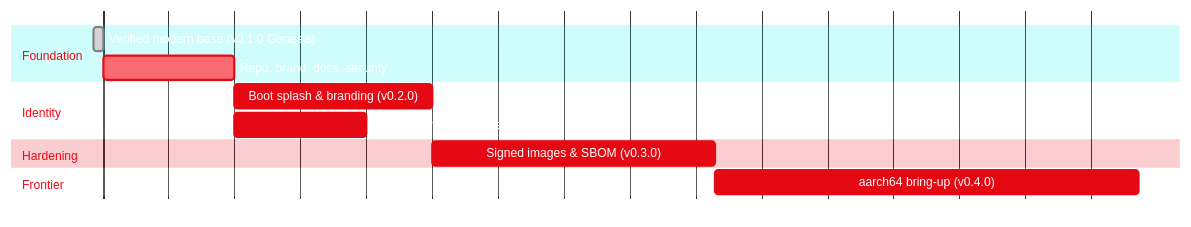
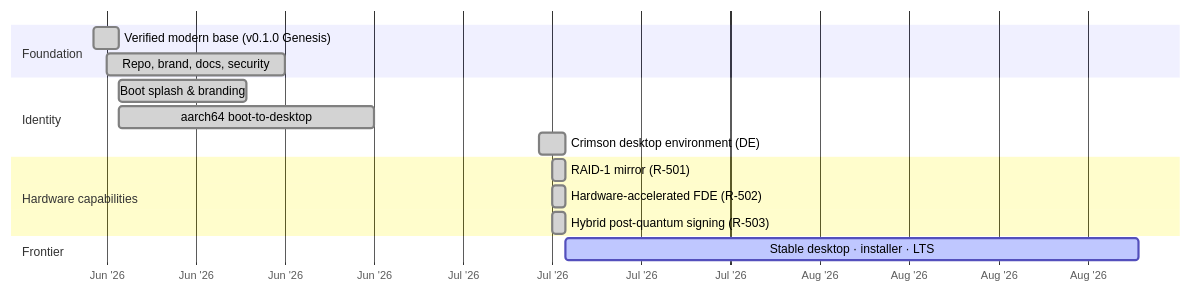
The third of 3 diagrams in README.md (Gh0s777tt/E-OS), drawn with Mermaid before and after one commit. The commit also changed other lines of this file, not shown here.

First line of the commit message:
docs(README): sync with current state — aarch64 desktop, R-50x, RAID-1, hardware FDE, usbnetd, PQ signing

````diff
--- a/README.md
+++ b/README.md
@@ -200,16 +228,19 @@
 ```mermaid
-%%{init: {'theme':'base','themeVariables':{'primaryColor':'#E50914','primaryTextColor':'#fff','primaryBorderColor':'#E50914','lineColor':'#E50914','fontFamily':'Fira Code'},'gantt':{'barHeight':22}}}%%
+%%{init: {'theme':'base','themeVariables':{'primaryColor':'#E50914','primaryTextColor':'#fff','primaryBorderColor':'#E50914','lineColor':'#E50914','fontFamily':'Fira Code'},'gantt':{'barHeight':22}}%%
 gantt
     dateFormat  YYYY-MM-DD
     axisFormat  %b '%y
     section Foundation
-    Verified modern base (v0.1.0 Genesis) :done,    m1, 2026-06-06, 1d
-    Repo, brand, docs, security           :active,  m2, 2026-06-07, 14d
+    Verified modern base (v0.1.0 Genesis) :done, m1, 2026-06-06, 2d
+    Repo, brand, docs, security           :done, m2, 2026-06-07, 14d
     section Identity
-    Boot splash & branding (v0.2.0)       :         m3, after m2, 21d
-    Custom config/x86_64/eos.toml         :         m4, after m2, 14d
-    section Hardening
-    Signed images & SBOM (v0.3.0)         :         m5, after m3, 30d
+    Boot splash & branding                :done, m3, 2026-06-08, 10d
+    aarch64 boot-to-desktop               :done, m4, 2026-06-08, 20d
+    Crimson desktop environment (DE)      :done, m5, 2026-07-11, 2d
+    section Hardware capabilities
+    RAID-1 mirror (R-501)                 :done, m6, 2026-07-12, 1d
+    Hardware-accelerated FDE (R-502)      :done, m7, 2026-07-12, 1d
+    Hybrid post-quantum signing (R-503)   :done, m8, 2026-07-12, 1d
     section Frontier
-    aarch64 bring-up (v0.4.0)             :         m6, after m5, 45d
+    Stable desktop · installer · LTS      :active, m9, 2026-07-13, 45d
 ```
````
